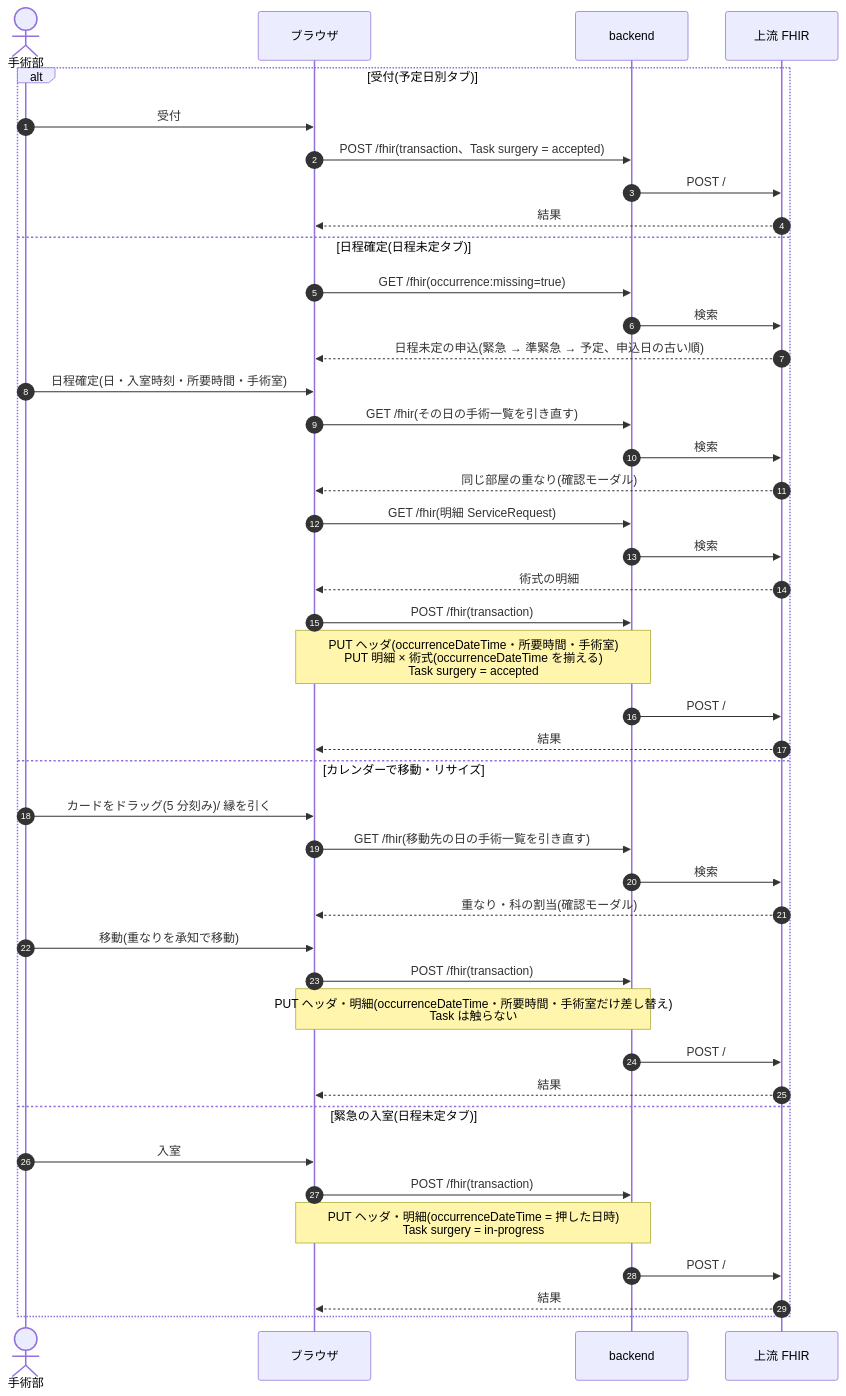
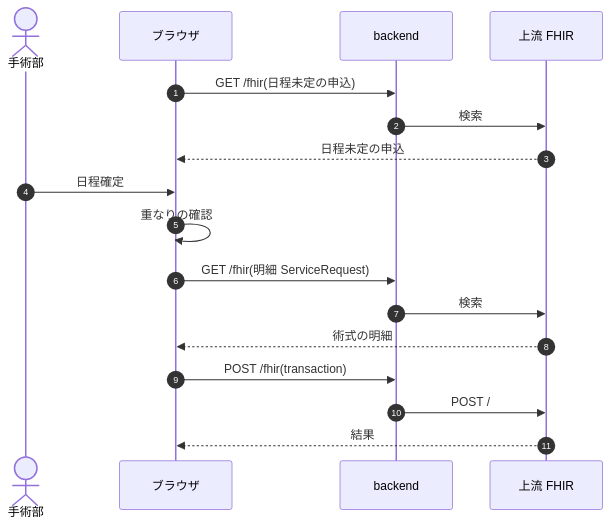
The sixth of 13 diagrams in docs/dev/surgery.md (ysnr-dev/fhir-client-docs), drawn with Mermaid before and after one commit. The commit also changed other lines of this file and 43 other files, not shown here.

Commit message:
docs: 業務フローとシーケンス図を写し直し

````diff
--- a/docs/dev/surgery.md
+++ b/docs/dev/surgery.md
@@ -116,46 +257,20 @@
 ```mermaid
 sequenceDiagram
   autonumber
   actor OR as 手術部
   participant UI as ブラウザ
   participant BE as backend
   participant FHIR as 上流 FHIR
 
-  alt 受付(予定日別タブ)
-    OR->>UI: 受付
-    UI->>BE: POST /fhir(transaction、Task surgery = accepted)
-    BE->>FHIR: POST /
-    FHIR-->>UI: 結果
-  else 日程確定(日程未定タブ)
-    UI->>BE: GET /fhir(occurrence:missing=true)
-    BE->>FHIR: 検索
-    FHIR-->>UI: 日程未定の申込(緊急 → 準緊急 → 予定、申込日の古い順)
-    OR->>UI: 日程確定(日・入室時刻・所要時間・手術室)
-    UI->>BE: GET /fhir(その日の手術一覧を引き直す)
-    BE->>FHIR: 検索
-    FHIR-->>UI: 同じ部屋の重なり(確認モーダル)
-    UI->>BE: GET /fhir(明細 ServiceRequest)
-    BE->>FHIR: 検索
-    FHIR-->>UI: 術式の明細
-    UI->>BE: POST /fhir(transaction)
-    Note over UI,BE: PUT ヘッダ(occurrenceDateTime・所要時間・手術室)<br/>PUT 明細 × 術式(occurrenceDateTime を揃える)<br/>Task surgery = accepted
-    BE->>FHIR: POST /
-    FHIR-->>UI: 結果
-  else カレンダーで移動・リサイズ
-    OR->>UI: カードをドラッグ(5 分刻み)/ 縁を引く
-    UI->>BE: GET /fhir(移動先の日の手術一覧を引き直す)
-    BE->>FHIR: 検索
-    FHIR-->>UI: 重なり・科の割当(確認モーダル)
-    OR->>UI: 移動(重なりを承知で移動)
-    UI->>BE: POST /fhir(transaction)
-    Note over UI,BE: PUT ヘッダ・明細(occurrenceDateTime・所要時間・手術室だけ差し替え)<br/>Task は触らない
-    BE->>FHIR: POST /
-    FHIR-->>UI: 結果
-  else 緊急の入室(日程未定タブ)
-    OR->>UI: 入室
-    UI->>BE: POST /fhir(transaction)
-    Note over UI,BE: PUT ヘッダ・明細(occurrenceDateTime = 押した日時)<br/>Task surgery = in-progress
-    BE->>FHIR: POST /
-    FHIR-->>UI: 結果
-  end
+  UI->>BE: GET /fhir(日程未定の申込)
+  BE->>FHIR: 検索
+  FHIR-->>UI: 日程未定の申込
+  OR->>UI: 日程確定
+  UI->>UI: 重なりの確認
+  UI->>BE: GET /fhir(明細 ServiceRequest)
+  BE->>FHIR: 検索
+  FHIR-->>UI: 術式の明細
+  UI->>BE: POST /fhir(transaction)
+  BE->>FHIR: POST /
+  FHIR-->>UI: 結果
 ```
````
